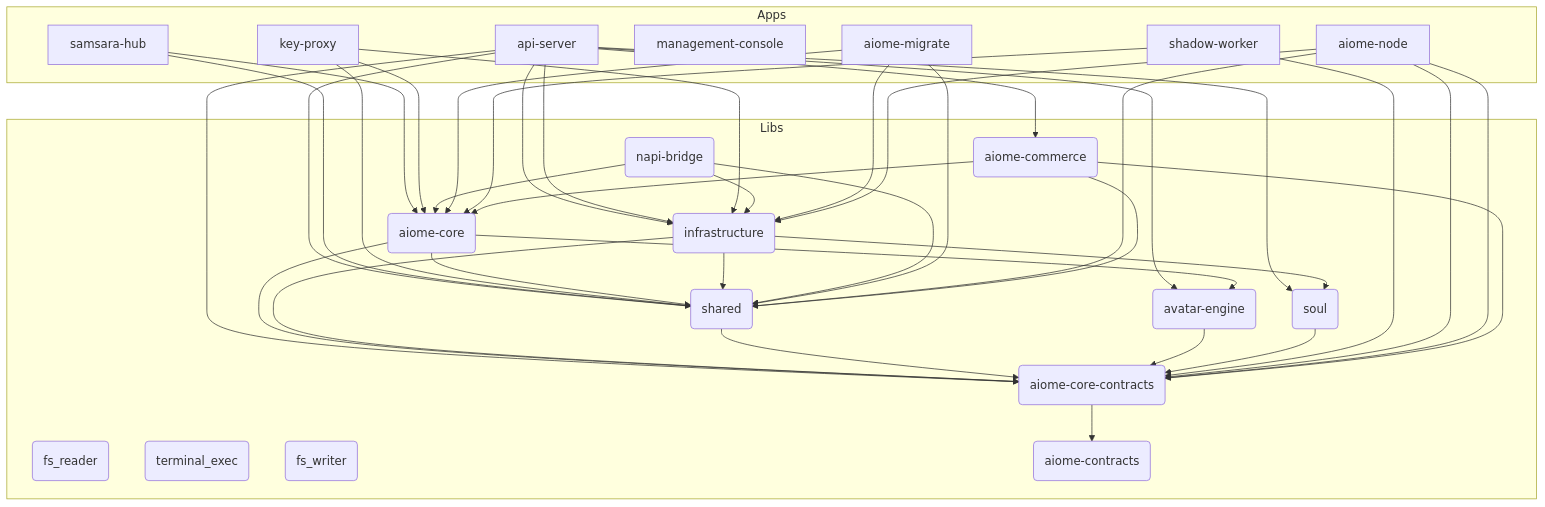
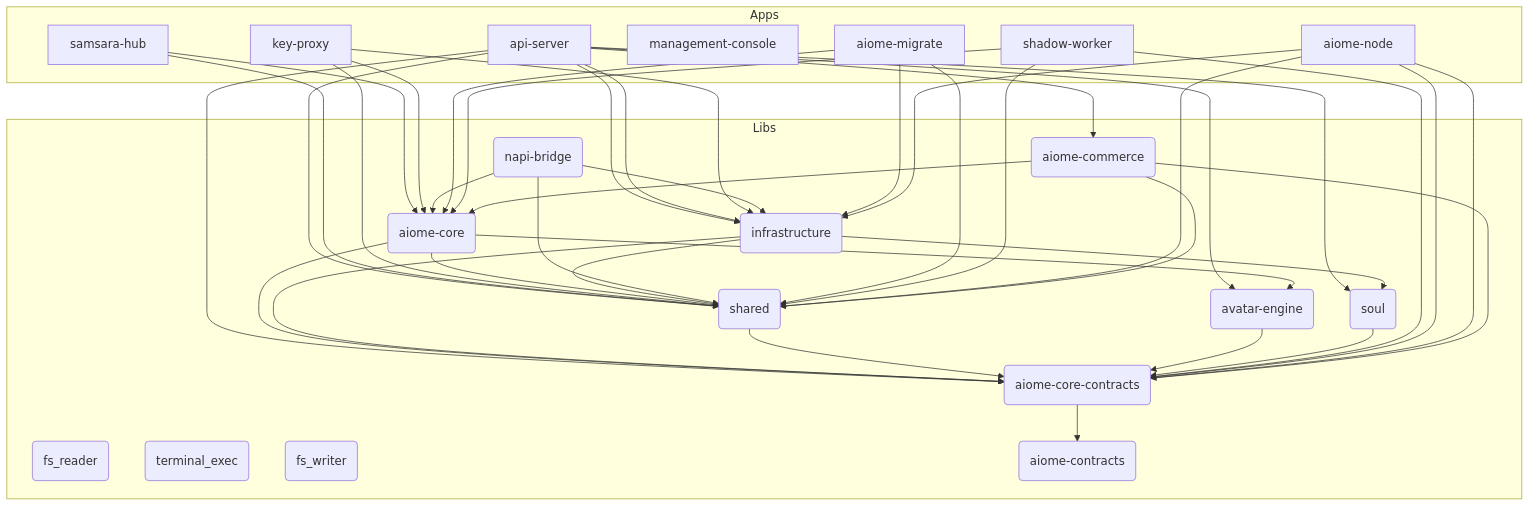
Before and after one commit to for4xex-droid/modular-open-claw: the diagram in ARCHITECTURE.md, drawn with Mermaid. The commit also changed other lines of this file and 2 other files, not shown here.

````diff
--- a/ARCHITECTURE.md
+++ b/ARCHITECTURE.md
@@ -23,65 +23,66 @@
 ```mermaid
 graph TD
     subgraph Apps
         api-server[api-server]
         samsara-hub[samsara-hub]
         key-proxy[key-proxy]
         management-console[management-console]
         aiome-migrate[aiome-migrate]
         shadow-worker[shadow-worker]
         aiome-node[aiome-node]
     end
 
     subgraph Libs
         aiome-core(aiome-core)
         infrastructure(infrastructure)
         shared(shared)
         avatar-engine(avatar-engine)
         fs_reader(fs_reader)
         terminal_exec(terminal_exec)
         fs_writer(fs_writer)
         napi-bridge(napi-bridge)
         aiome-contracts(aiome-contracts)
         aiome-core-contracts(aiome-core-contracts)
         soul(soul)
         aiome-commerce(aiome-commerce)
     end
 
     api-server --> soul
     api-server --> infrastructure
     api-server --> shared
     api-server --> avatar-engine
     api-server --> aiome-core-contracts
     api-server --> aiome-commerce
     api-server --> infrastructure
     samsara-hub --> aiome-core
     samsara-hub --> shared
     key-proxy --> aiome-core
     key-proxy --> shared
     key-proxy --> infrastructure
     aiome-core --> shared
     aiome-core --> aiome-core-contracts
     aiome-core --> avatar-engine
     infrastructure --> soul
     infrastructure --> aiome-core-contracts
     infrastructure --> shared
     shared --> aiome-core-contracts
     avatar-engine --> aiome-core-contracts
     napi-bridge --> aiome-core
     napi-bridge --> infrastructure
     napi-bridge --> shared
     aiome-core-contracts --> aiome-contracts
     soul --> aiome-core-contracts
     aiome-migrate --> aiome-core
     aiome-migrate --> infrastructure
     aiome-migrate --> shared
     shadow-worker --> aiome-core-contracts
     shadow-worker --> aiome-core
+    shadow-worker --> shared
     aiome-node --> aiome-core-contracts
     aiome-node --> shared
     aiome-node --> infrastructure
     aiome-node --> aiome-core-contracts
     aiome-commerce --> aiome-core-contracts
     aiome-commerce --> aiome-core
     aiome-commerce --> shared
 ```
````
